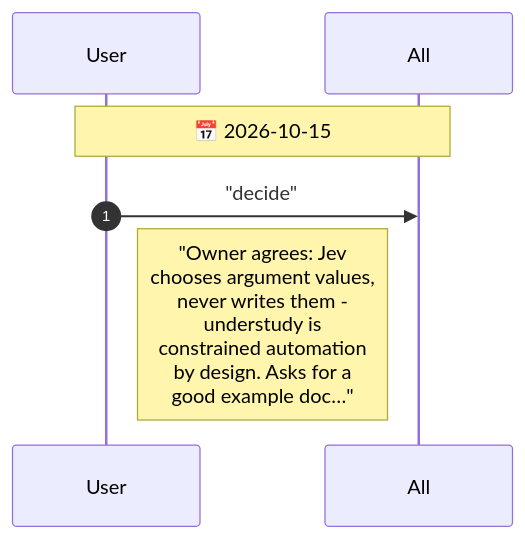
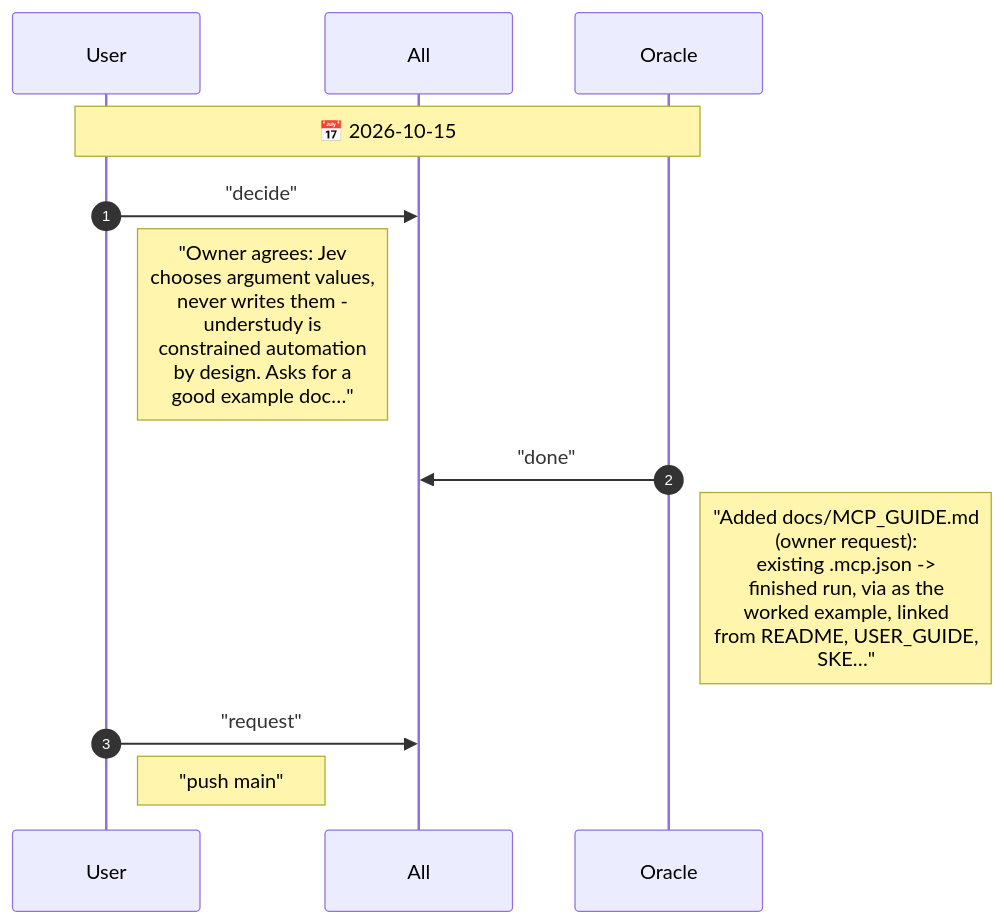
Before and after one commit to drusifer/understudy: the diagram in agents/CHAT.diagram.md, drawn with Mermaid. The commit also changed 1 other file, not shown here.

Commit message:
Team chat before the sprint 3 merge

````diff
--- a/agents/CHAT.diagram.md
+++ b/agents/CHAT.diagram.md
@@ -5,10 +5,15 @@
 ```mermaid
 %%{init: {"sequence": {"messageFontSize": 14, "noteFontSize": 18, "actorFontSize": 14}}}%%
 sequenceDiagram
     autonumber
     participant User
     participant All
-    Note over User,All: 📅 2026-10-15
+    participant Oracle
+    Note over User,Oracle: 📅 2026-10-15
     User->>All: "decide"
     Note right of User: "Owner agrees: Jev<br/>chooses argument values,<br/>never writes them -<br/>understudy is<br/>constrained automation<br/>by design. Asks for a<br/>good example doc…"
+    Oracle->>All: "done"
+    Note right of Oracle: "Added docs/MCP_GUIDE.md<br/>(owner request):<br/>existing .mcp.json -><br/>finished run, via as the<br/>worked example, linked<br/>from README, USER_GUIDE,<br/>SKE…"
+    User->>All: "request"
+    Note right of User: "push main"
 ```
````
